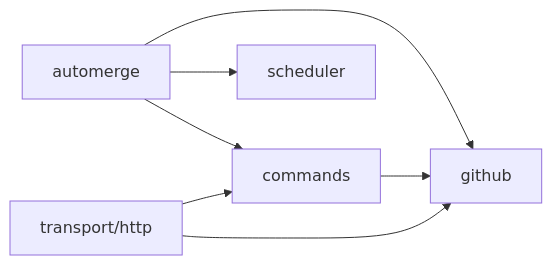
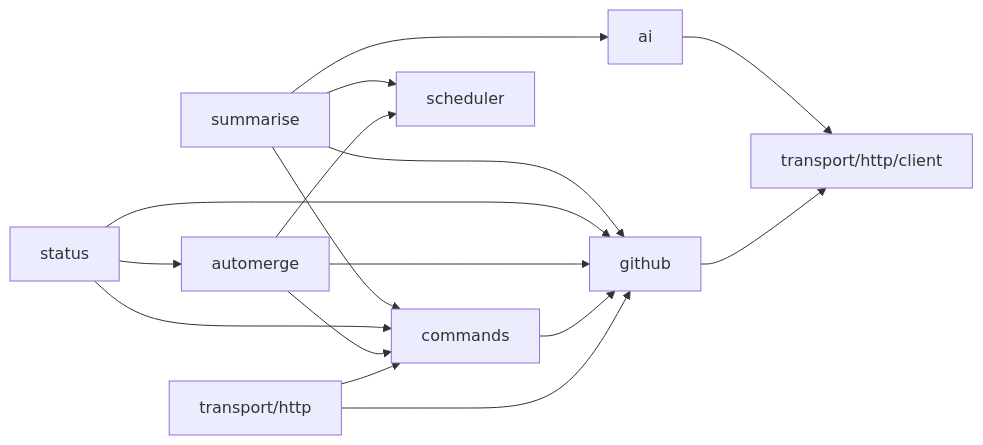
One commit to alexfalkowski/abgleich changed the diagram in README.md. Above: the diagram before and after it, drawn with Mermaid. The commit also changed other lines of this file and 1 other file, not shown here.

````diff
--- a/README.md
+++ b/README.md
@@ -559,9 +587,18 @@
 ```mermaid
 flowchart LR
     transport[transport/http] --> commands
     transport --> github
     commands --> github
     automerge --> commands
     automerge --> github
     automerge --> scheduler
+    status --> automerge
+    status --> commands
+    status --> github
+    summarise --> commands
+    summarise --> github
+    summarise --> ai
+    summarise --> scheduler
+    github --> client[transport/http/client]
+    ai --> client
 ```
````
